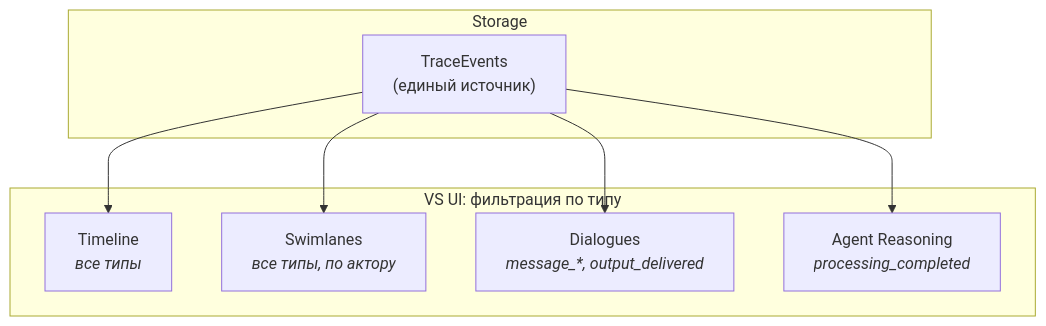
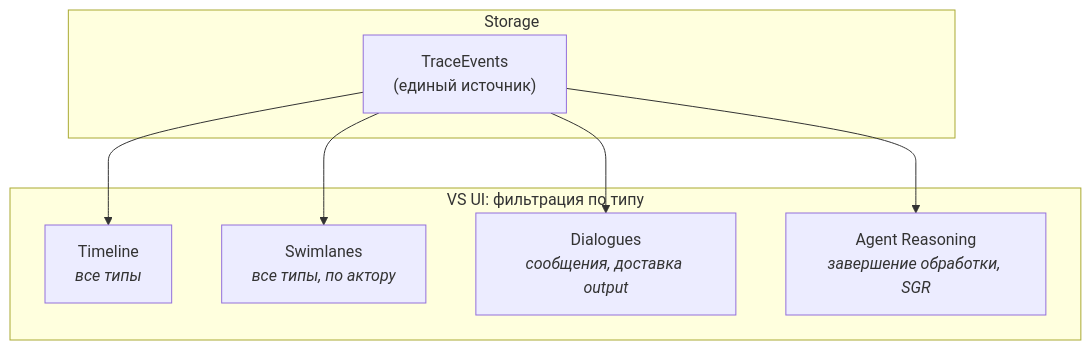
The second of 2 diagrams in 00_docs/architecture/visualization/overview.md (Dieugene/team-assistant), drawn with Mermaid before and after one commit. The commit also changed other lines of this file and 1 other file, not shown here.

````diff
--- a/00_docs/architecture/visualization/overview.md
+++ b/00_docs/architecture/visualization/overview.md
@@ -171,18 +164,18 @@
 ```mermaid
 graph TB
     subgraph Storage
         TE["TraceEvents<br/>(единый источник)"]
     end
 
     subgraph "VS UI: фильтрация по типу"
         TL["Timeline<br/><i>все типы</i>"]
         SW["Swimlanes<br/><i>все типы, по актору</i>"]
-        DL["Dialogues<br/><i>message_*, output_delivered</i>"]
-        AR["Agent Reasoning<br/><i>processing_completed</i>"]
+        DL["Dialogues<br/><i>сообщения, доставка output</i>"]
+        AR["Agent Reasoning<br/><i>завершение обработки, SGR</i>"]
     end
 
     TE --> TL
     TE --> SW
     TE --> DL
     TE --> AR
 ```
````
